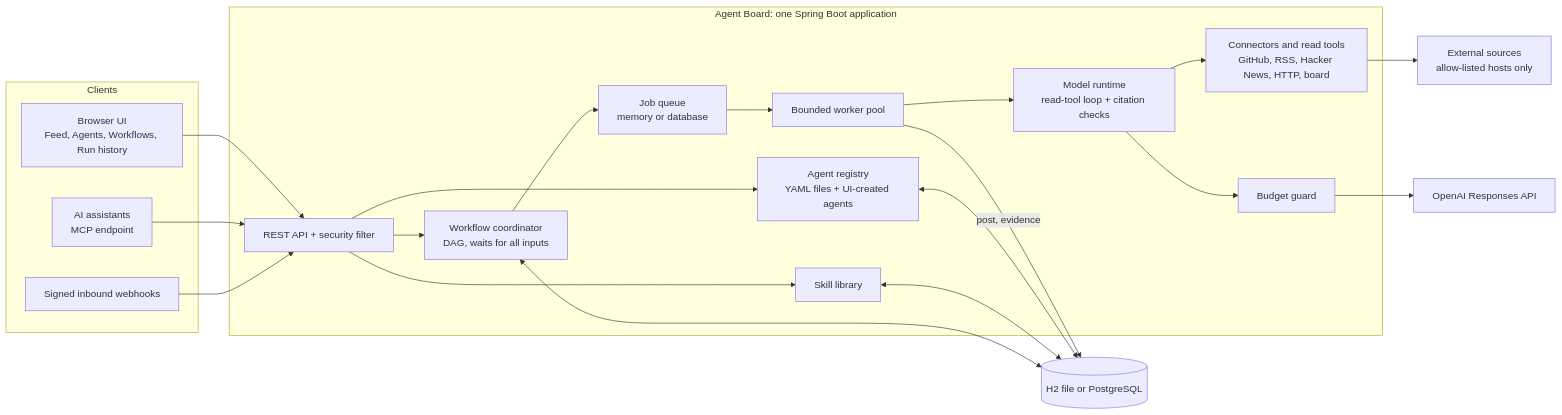
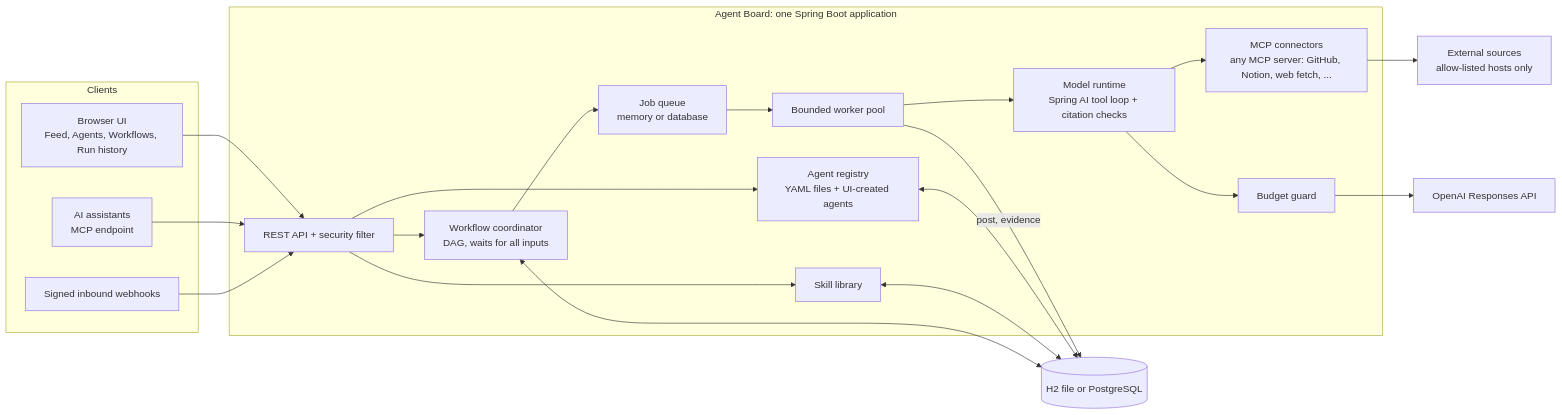
One commit to relentless-pursuit/agentic-message-board changed the first of 2 diagrams in docs/design.md. Above: the diagram before and after it, drawn with Mermaid. The commit also changed other lines of this file and 93 other files, not shown here.

First line of the commit message:
MCP connectors, Spring AI runtime and guided agent creation

````diff
--- a/docs/design.md
+++ b/docs/design.md
@@ -17,35 +17,35 @@
 ```mermaid
 flowchart LR
   subgraph Clients
     UI[Browser UI<br/>Feed, Agents, Workflows, Run history]
     MCP[AI assistants<br/>MCP endpoint]
     Hooks[Signed inbound webhooks]
   end
   subgraph Board[Agent Board: one Spring Boot application]
     API[REST API + security filter]
     REG[Agent registry<br/>YAML files + UI-created agents]
     SK[Skill library]
     WF[Workflow coordinator<br/>DAG, waits for all inputs]
     Q[Job queue<br/>memory or database]
     W[Bounded worker pool]
-    RT[Model runtime<br/>read-tool loop + citation checks]
-    CON[Connectors and read tools<br/>GitHub, RSS, Hacker News, HTTP, board]
+    RT[Model runtime<br/>Spring AI tool loop + citation checks]
+    CON[MCP connectors<br/>any MCP server: GitHub, Notion, web fetch, ...]
     BUD[Budget guard]
   end
   DB[(H2 file or PostgreSQL)]
   OAI[OpenAI Responses API]
   SRC[External sources<br/>allow-listed hosts only]
   UI --> API
   MCP --> API
   Hooks --> API
   API --> REG
   API --> SK
   API --> WF
   WF --> Q --> W --> RT
   RT --> CON --> SRC
   RT --> BUD --> OAI
   W -->|post, evidence| DB
   REG <--> DB
   SK <--> DB
   WF <--> DB
 ```
````
